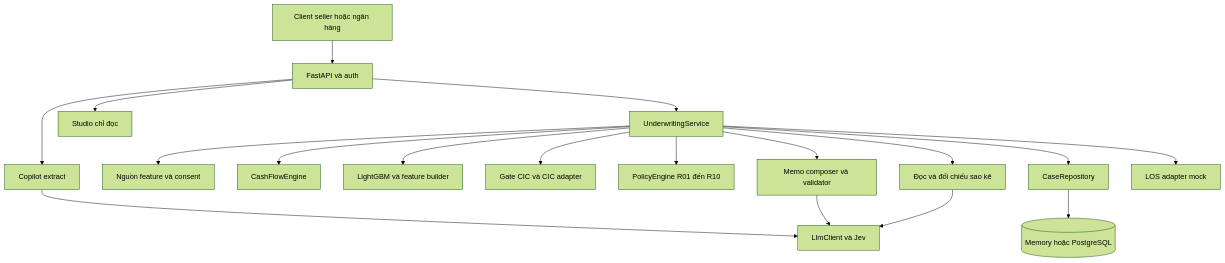
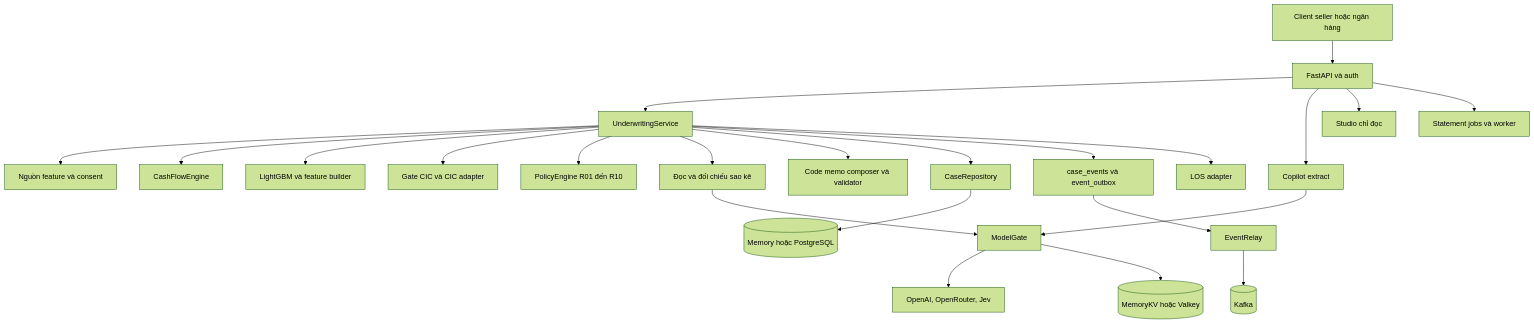
One commit to Qismeeee/riverbank-hackathon changed the diagram in Agents/SAD.md. Above: the diagram before and after it, drawn with Mermaid (forest theme). The commit also changed other lines of this file and 25 other files, not shown here.

````diff
--- a/Agents/SAD.md
+++ b/Agents/SAD.md
@@ -7,20 +7,25 @@
 ```mermaid
 flowchart TD
     Client[Client seller hoặc ngân hàng] --> API[FastAPI và auth]
     API --> UW[UnderwritingService]
     API --> CP[Copilot extract]
     API --> ST[Studio chỉ đọc]
     UW --> SRC[Nguồn feature và consent]
     UW --> CF[CashFlowEngine]
     UW --> RISK[LightGBM và feature builder]
     UW --> CIC[Gate CIC và CIC adapter]
     UW --> POL[PolicyEngine R01 đến R10]
     UW --> DOC[Đọc và đối chiếu sao kê]
-    UW --> MEMO[Memo composer và validator]
+    UW --> MEMO[Code memo composer và validator]
     UW --> REP[CaseRepository]
     REP --> DB[(Memory hoặc PostgreSQL)]
-    UW --> LOS[LOS adapter mock]
-    CP --> LLM[LlmClient và Jev]
-    MEMO --> LLM
-    DOC --> LLM
+    UW --> OUTBOX[case_events và event_outbox]
+    OUTBOX --> RELAY[EventRelay]
+    RELAY --> KAFKA[(Kafka)]
+    API --> JOBS[Statement jobs và worker]
+    UW --> LOS[LOS adapter]
+    CP --> GATE[ModelGate]
+    DOC --> GATE
+    GATE --> EXT[OpenAI, OpenRouter, Jev]
+    GATE --> KV[(MemoryKV hoặc Valkey)]
 ```
````
